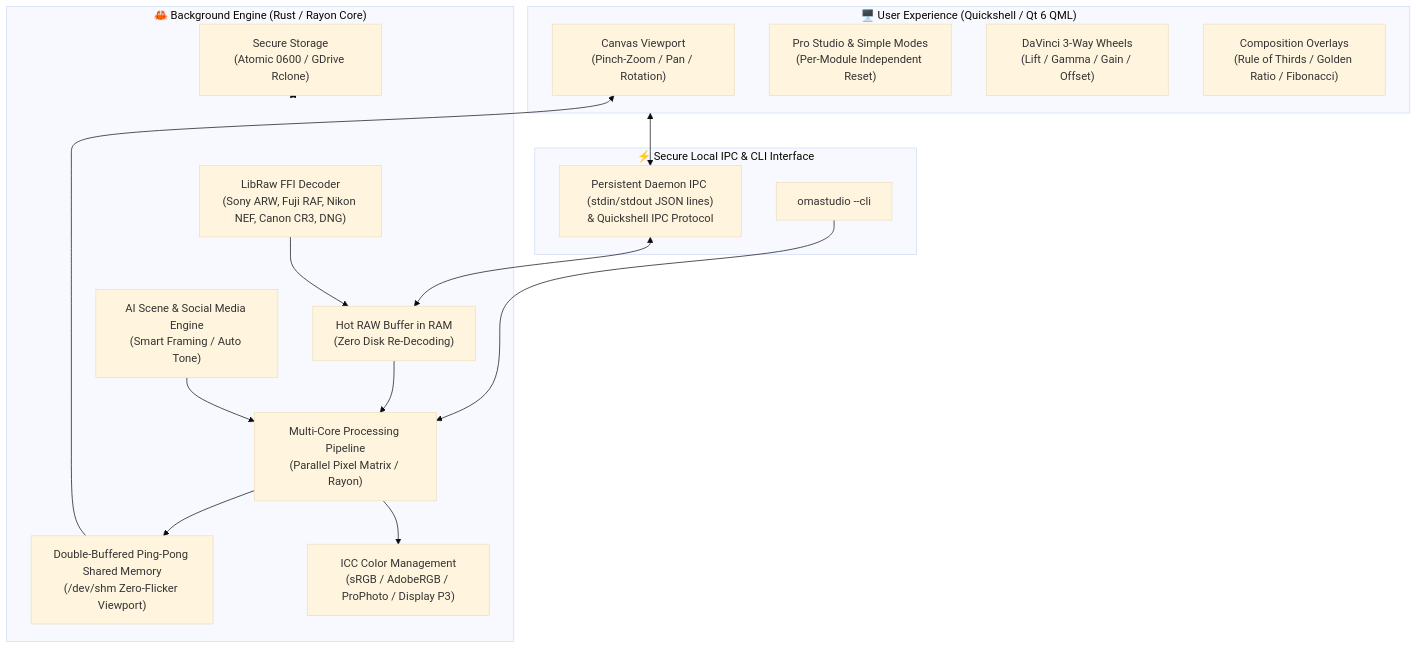
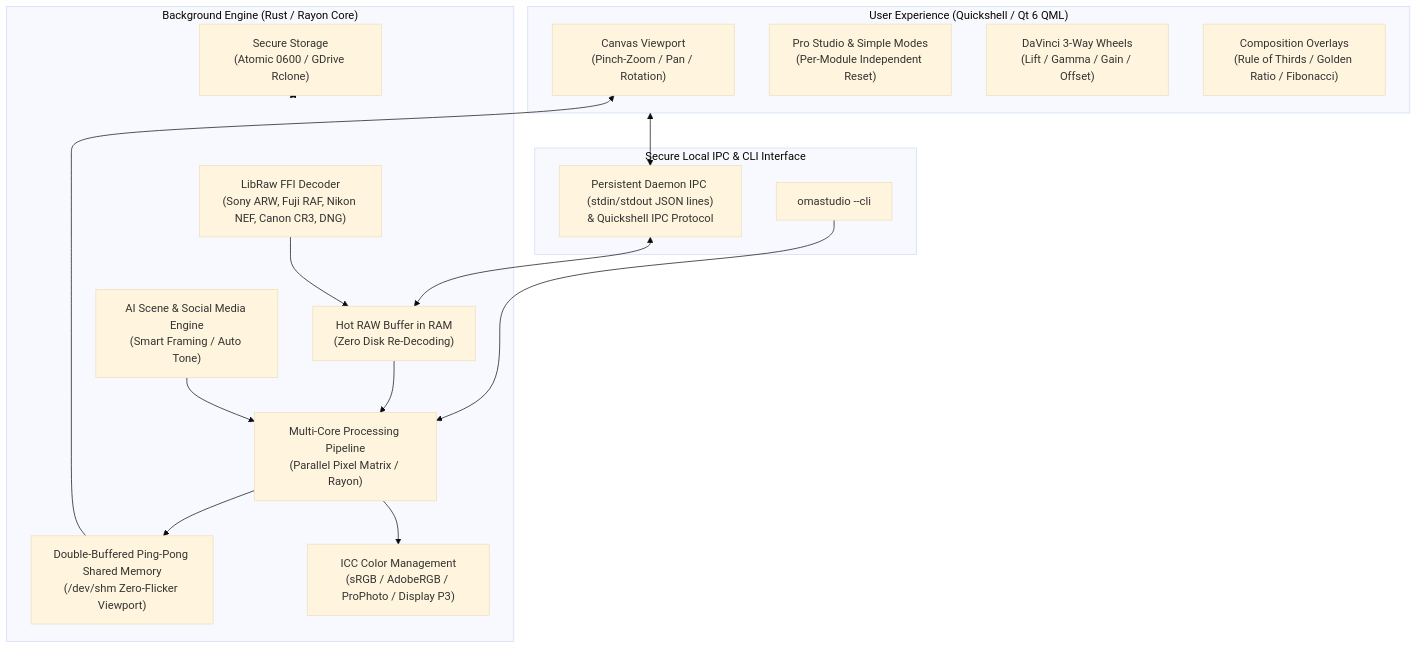
Before and after one commit to mickes66/omarchy-omastudio: the first of 2 diagrams in README.md, drawn with Mermaid (base theme). The commit also changed other lines of this file and 3 other files, not shown here.

````diff
--- a/README.md
+++ b/README.md
@@ -24,35 +24,35 @@
 ```mermaid
 graph TD
-    subgraph UI ["🖥️ User Experience (Quickshell / Qt 6 QML)"]
+    subgraph UI [" User Experience (Quickshell / Qt 6 QML)"]
         Viewport["Canvas Viewport<br/>(Pinch-Zoom / Pan / Rotation)"]
         Inspector["Pro Studio & Simple Modes<br/>(Per-Module Independent Reset)"]
         Wheels["DaVinci 3-Way Wheels<br/>(Lift / Gamma / Gain / Offset)"]
         CropTool["Composition Overlays<br/>(Rule of Thirds / Golden Ratio / Fibonacci)"]
     end
 
-    subgraph IPC ["⚡ Secure Local IPC & CLI Interface"]
+    subgraph IPC [" Secure Local IPC & CLI Interface"]
         CLI["omastudio --cli"]
         Sock["Persistent Daemon IPC (stdin/stdout JSON lines)<br/>& Quickshell IPC Protocol"]
     end
 
-    subgraph Engine ["🦀 Background Engine (Rust / Rayon Core)"]
+    subgraph Engine [" Background Engine (Rust / Rayon Core)"]
         Decoders["LibRaw FFI Decoder<br/>(Sony ARW, Fuji RAF, Nikon NEF, Canon CR3, DNG)"]
         RAMCache["Hot RAW Buffer in RAM<br/>(Zero Disk Re-Decoding)"]
         Pipeline["Multi-Core Processing Pipeline<br/>(Parallel Pixel Matrix / Rayon)"]
         ShmPingPong["Double-Buffered Ping-Pong Shared Memory<br/>(/dev/shm Zero-Flicker Viewport)"]
         ColorEngine["ICC Color Management<br/>(sRGB / AdobeRGB / ProPhoto / Display P3)"]
         AIEngine["AI Scene & Social Media Engine<br/>(Smart Framing / Auto Tone)"]
         Storage["Secure Storage<br/>(Atomic 0600 / GDrive Rclone)"]
     end
 
     UI <--> Sock
     CLI --> Pipeline
     Sock <--> RAMCache
     Decoders --> RAMCache
     RAMCache --> Pipeline
     Pipeline --> ShmPingPong
     ShmPingPong --> Viewport
     Pipeline --> ColorEngine
     AIEngine --> Pipeline
     Storage <--> Engine
 ```
````
